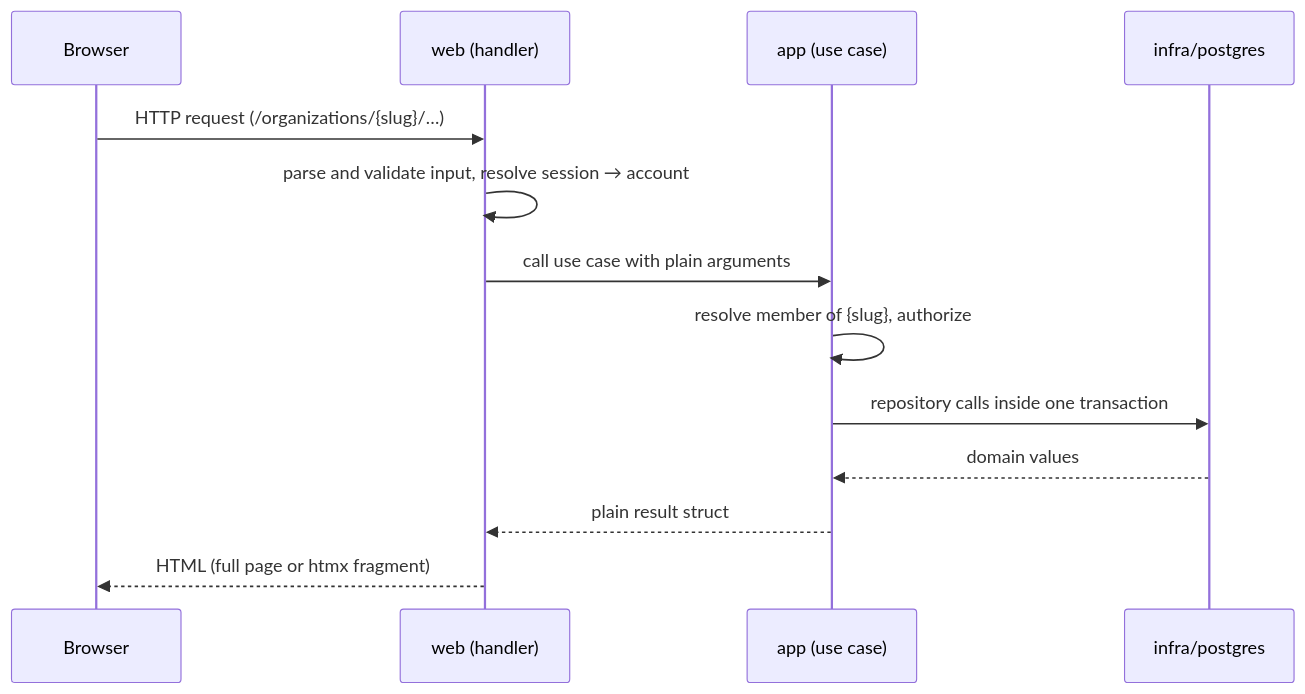
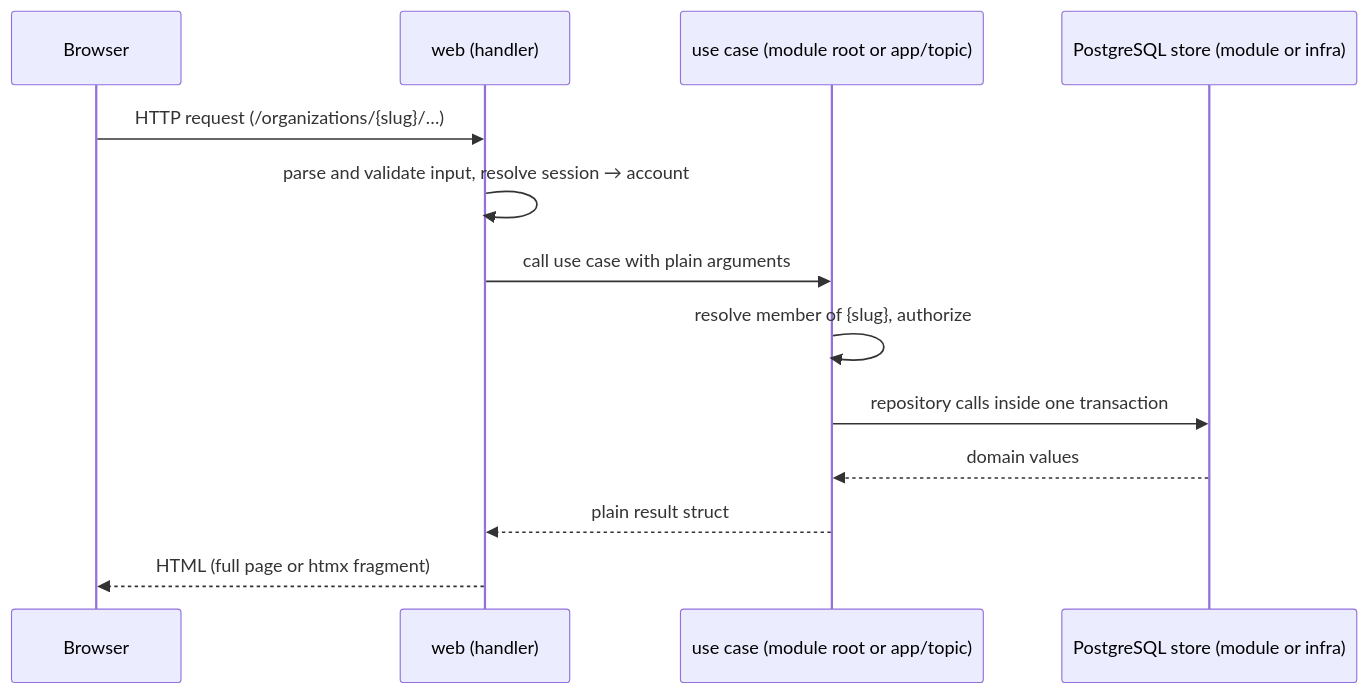
The diagram in docs/architecture/request-flow.md (tkakkie/ribbitto), drawn with Mermaid before and after one commit. The commit also changed other lines of this file and 29 other files, not shown here.

First line of the commit message:
refactor(conversation): switch posting to conversation's use case and delete app/message

````diff
--- a/docs/architecture/request-flow.md
+++ b/docs/architecture/request-flow.md
@@ -3,15 +3,15 @@
 ```mermaid
 sequenceDiagram
   participant B as Browser
   participant W as web (handler)
-  participant A as app (use case)
-  participant P as infra/postgres
+  participant A as use case (module root or app/topic)
+  participant P as PostgreSQL store (module or infra)
   B->>W: HTTP request (/organizations/{slug}/…)
   W->>W: parse and validate input, resolve session → account
   W->>A: call use case with plain arguments
   A->>A: resolve member of {slug}, authorize
   A->>P: repository calls inside one transaction
   P-->>A: domain values
   A-->>W: plain result struct
   W-->>B: HTML (full page or htmx fragment)
 ```
````
